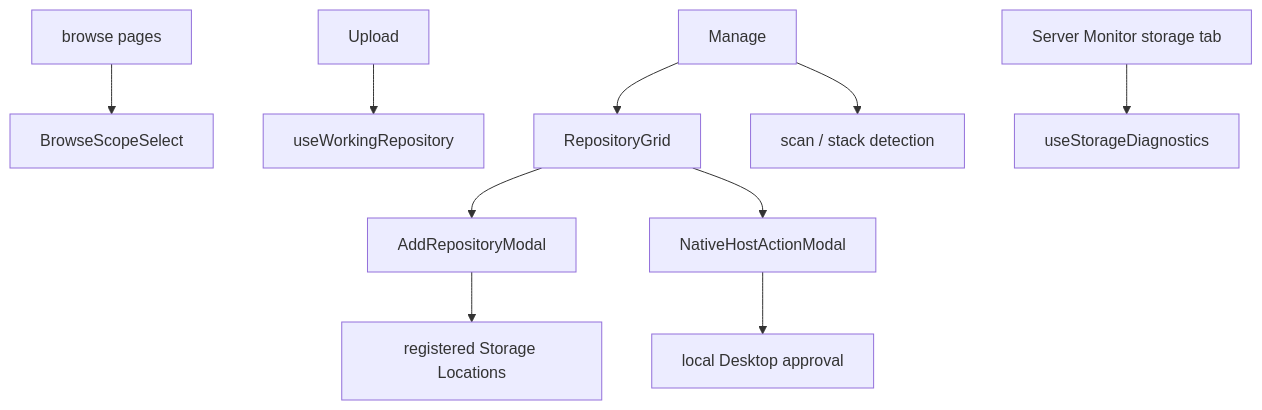
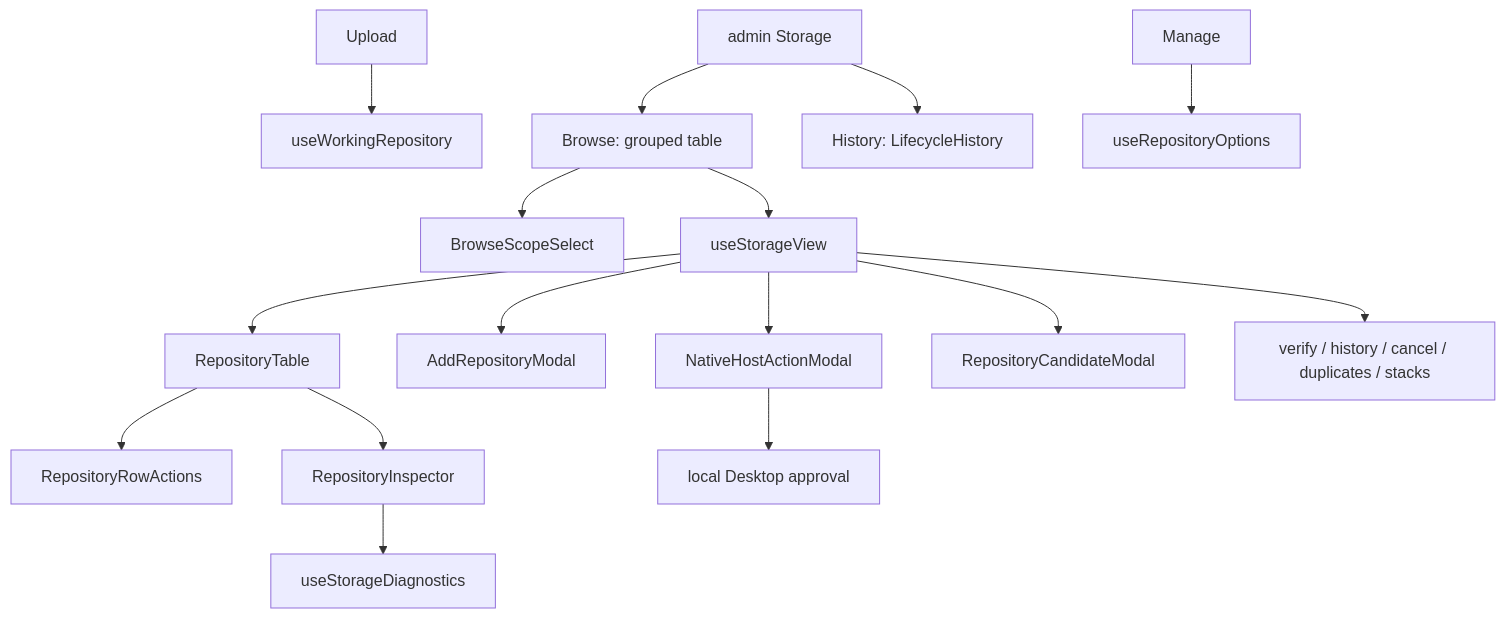
Before and after one commit to EdwinZhanCN/Lumilio-Photos: the diagram in web/src/features/repositories/doc.md, drawn with Mermaid. The commit also changed other lines of this file and 308 other files, not shown here.

````diff
--- a/web/src/features/repositories/doc.md
+++ b/web/src/features/repositories/doc.md
@@ -23,12 +24,18 @@
 ```mermaid
 flowchart TD
     BROWSE["browse pages"] --> BSCOPE["BrowseScopeSelect"]
     UPLOAD["Upload"] --> WORKING["useWorkingRepository"]
-    MANAGE["Manage"] --> GRID["RepositoryGrid"]
-    GRID --> CREATE["AddRepositoryModal"]
-    CREATE --> ROOTS["registered Storage Locations"]
-    GRID --> HOST["NativeHostActionModal"]
+    MANAGE["Manage"] --> TARGETS["useRepositoryOptions"]
+    STORAGE["admin Storage"] --> BROWSE["Browse: grouped table"]
+    STORAGE --> HISTORY["History: LifecycleHistory"]
+    BROWSE --> VIEW["useStorageView"]
+    VIEW --> TABLE["RepositoryTable"]
+    TABLE --> ROW["RepositoryRowActions"]
+    TABLE --> INSPECTOR["RepositoryInspector"]
+    INSPECTOR --> DIAGNOSTICS["useStorageDiagnostics"]
+    VIEW --> CREATE["AddRepositoryModal"]
+    VIEW --> HOST["NativeHostActionModal"]
     HOST --> DESKTOP["local Desktop approval"]
-    MONITOR["Server Monitor storage tab"] --> DIAGNOSTICS["useStorageDiagnostics"]
-    MANAGE --> SCAN["scan / stack detection"]
+    VIEW --> CANDIDATES["RepositoryCandidateModal"]
+    VIEW --> VERIFY["verify / history / cancel / duplicates / stacks"]
 ```
````
